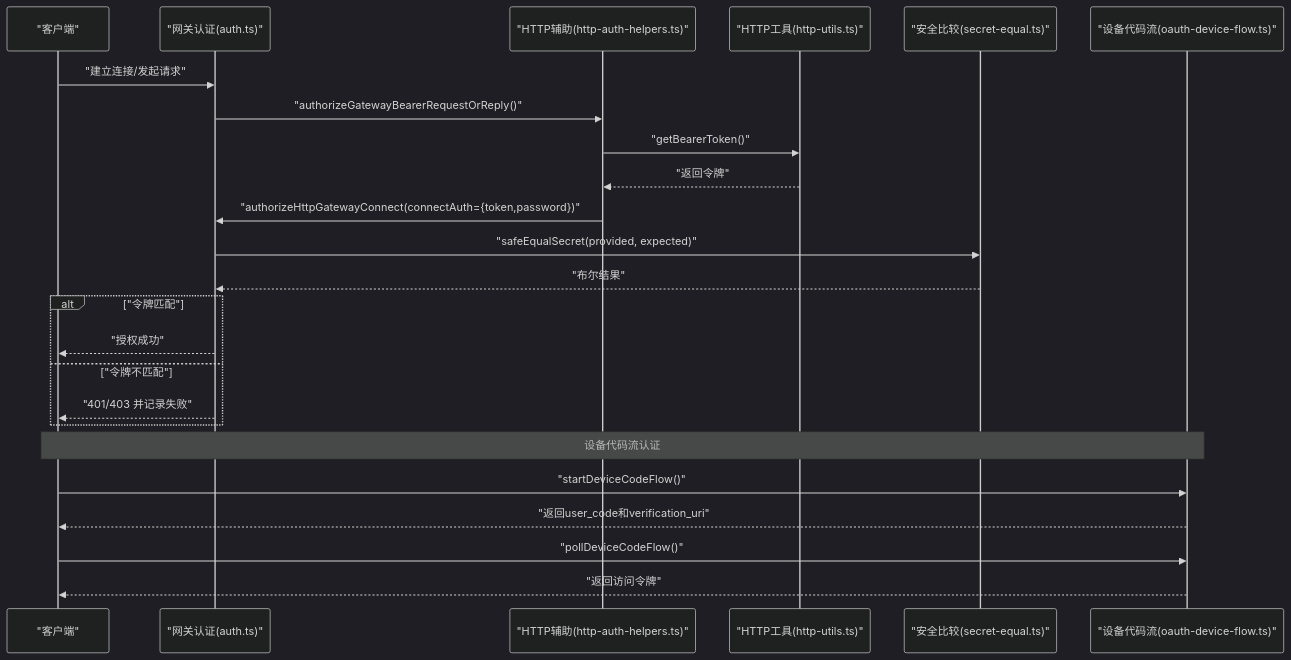
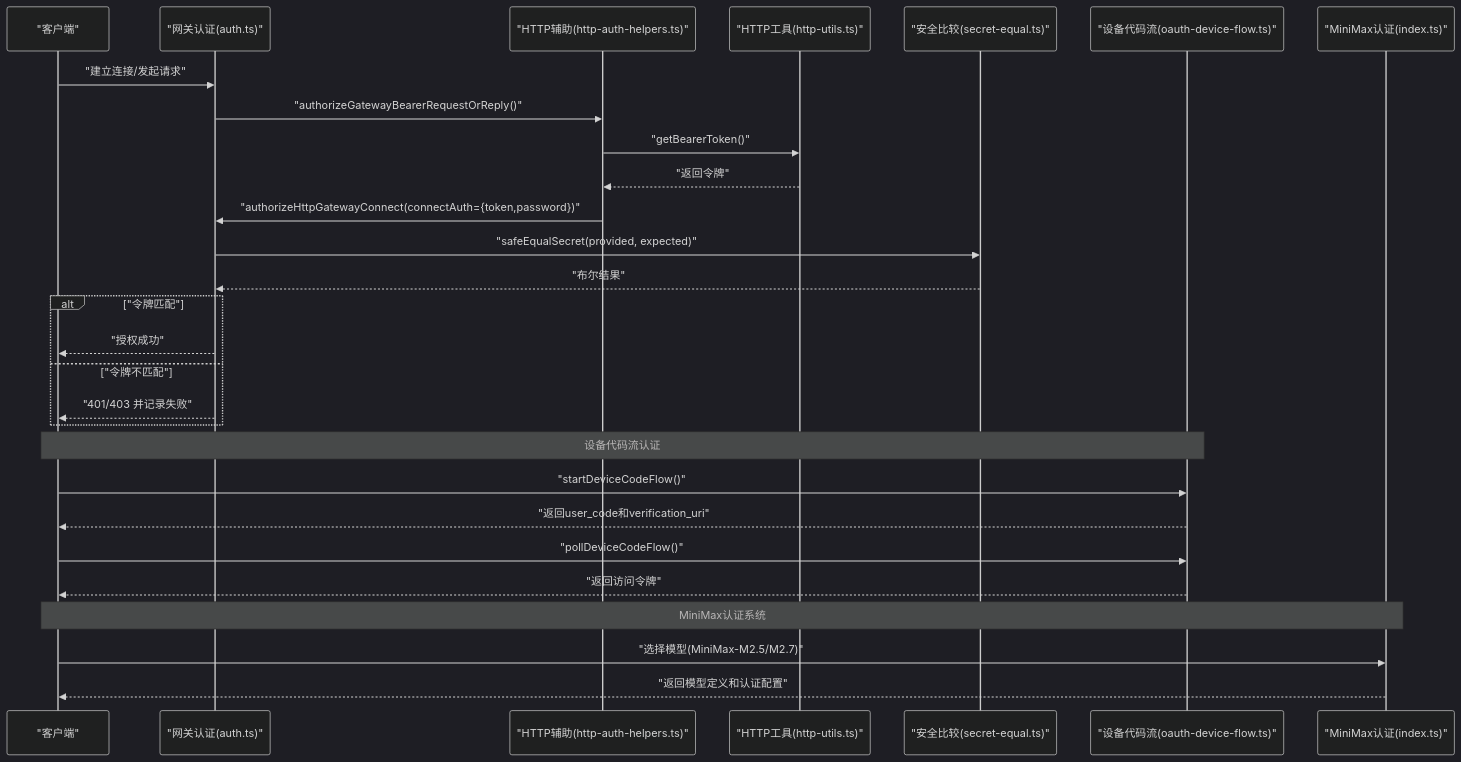
Before and after one commit to verse-ai-org/openclaw: the second of 13 diagrams in .qoder/repowiki/zh/content/安全与配置/认证系统/认证系统.md, drawn with Mermaid (dark theme). The commit also changed other lines of this file and 12 other files, not shown here.

````diff
--- a/.qoder/repowiki/zh/content/安全与配置/认证系统/认证系统.md
+++ b/.qoder/repowiki/zh/content/安全与配置/认证系统/认证系统.md
@@ -153,26 +171,30 @@
 ```mermaid
 sequenceDiagram
 participant C as "客户端"
 participant GW as "网关认证(auth.ts)"
 participant HL as "HTTP辅助(http-auth-helpers.ts)"
 participant UT as "HTTP工具(http-utils.ts)"
 participant SEC as "安全比较(secret-equal.ts)"
 participant ODF as "设备代码流(oauth-device-flow.ts)"
+participant MMA as "MiniMax认证(index.ts)"
 C->>GW : "建立连接/发起请求"
 GW->>HL : "authorizeGatewayBearerRequestOrReply()"
 HL->>UT : "getBearerToken()"
 UT-->>HL : "返回令牌"
 HL->>GW : "authorizeHttpGatewayConnect(connectAuth={token,password})"
 GW->>SEC : "safeEqualSecret(provided, expected)"
 SEC-->>GW : "布尔结果"
 alt "令牌匹配"
 GW-->>C : "授权成功"
 else "令牌不匹配"
 GW-->>C : "401/403 并记录失败"
 end
 Note over ODF,C : 设备代码流认证
 C->>ODF : "startDeviceCodeFlow()"
 ODF-->>C : "返回user_code和verification_uri"
 C->>ODF : "pollDeviceCodeFlow()"
 ODF-->>C : "返回访问令牌"
+Note over MMA,C : MiniMax认证系统
+C->>MMA : "选择模型(MiniMax-M2.5/M2.7)"
+MMA-->>C : "返回模型定义和认证配置"
 ```
````
